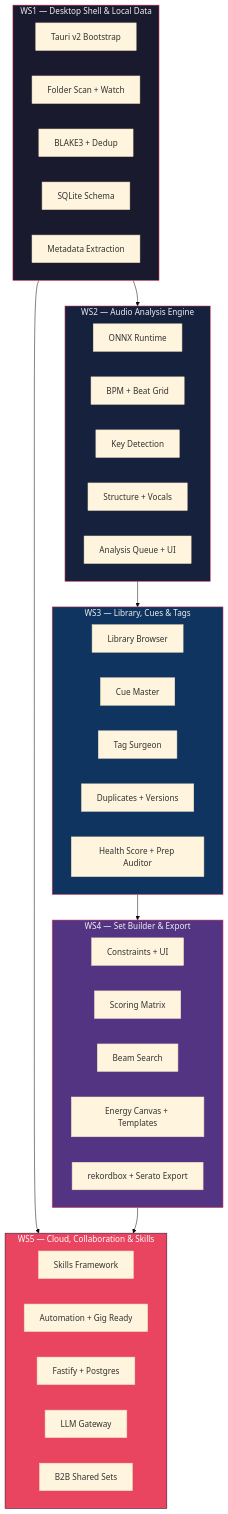
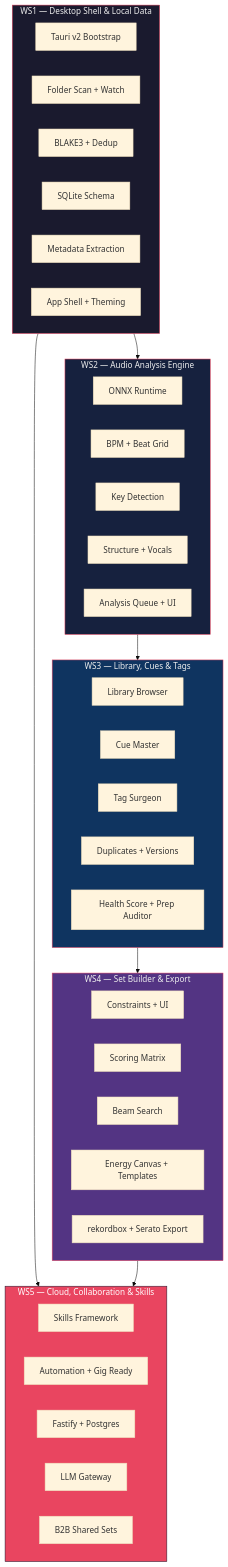
Before and after one commit to iDorgham/DJ-Assistant: the diagram in docs/diagrams/07-workstreams.md, drawn with Mermaid (base theme). The commit also changed 31 other files, not shown here.

First line of the commit message:
feat(desktop): implement app-shell UI state management and player interface

````diff
--- a/docs/diagrams/07-workstreams.md
+++ b/docs/diagrams/07-workstreams.md
@@ -5,54 +5,55 @@
 ```mermaid
 flowchart TB
     subgraph WS1["WS1 — Desktop Shell & Local Data"]
         A1[Tauri v2 Bootstrap]
         A2[Folder Scan + Watch]
         A3[BLAKE3 + Dedup]
         A4[SQLite Schema]
         A5[Metadata Extraction]
+        A6[App Shell + Theming]
     end
 
     subgraph WS2["WS2 — Audio Analysis Engine"]
         B1[ONNX Runtime]
         B2[BPM + Beat Grid]
         B3[Key Detection]
         B4[Structure + Vocals]
         B5[Analysis Queue + UI]
     end
 
     subgraph WS3["WS3 — Library, Cues & Tags"]
         C1[Library Browser]
         C2[Cue Master]
         C3[Tag Surgeon]
         C4[Duplicates + Versions]
         C5[Health Score + Prep Auditor]
     end
 
     subgraph WS4["WS4 — Set Builder & Export"]
         D1[Constraints + UI]
         D2[Scoring Matrix]
         D3[Beam Search]
         D4[Energy Canvas + Templates]
         D5[rekordbox + Serato Export]
     end
 
     subgraph WS5["WS5 — Cloud, Collaboration & Skills"]
         E1[Skills Framework]
         E2[Automation + Gig Ready]
         E3[Fastify + Postgres]
         E4[LLM Gateway]
         E5[B2B Shared Sets]
     end
 
     WS1 --> WS2
     WS2 --> WS3
     WS3 --> WS4
     WS1 --> WS5
     WS4 --> WS5
 
     style WS1 fill:#1a1a2e,stroke:#e94560,color:#eee
     style WS2 fill:#16213e,stroke:#e94560,color:#eee
     style WS3 fill:#0f3460,stroke:#e94560,color:#eee
     style WS4 fill:#533483,stroke:#e94560,color:#eee
     style WS5 fill:#e94560,stroke:#1a1a2e,color:#fff
 ```
````
